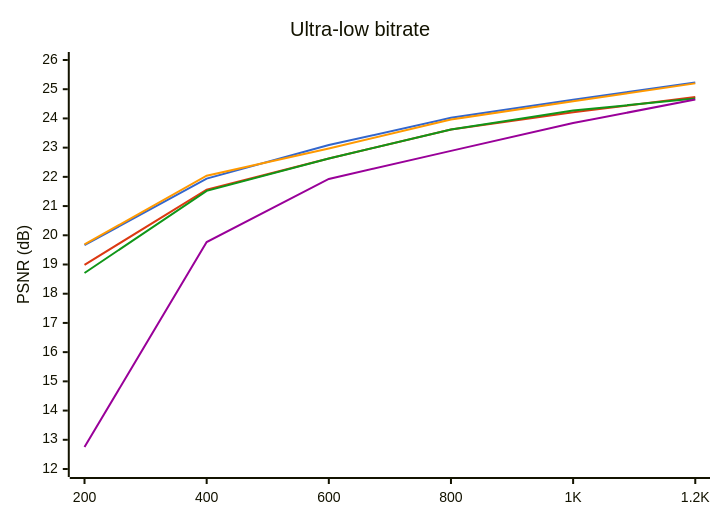
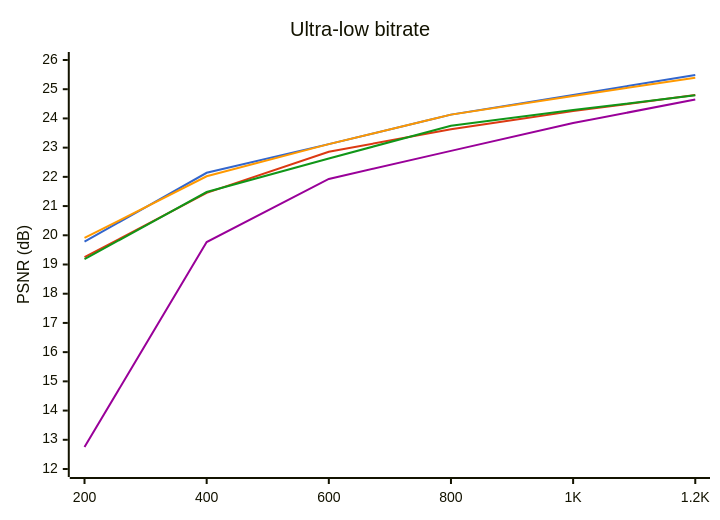
The first of 2 diagrams in results.md (lieff/miniwtpc), drawn with Mermaid before and after one commit. The commit also changed other lines of this file and 35 other files, not shown here.

````diff
--- a/results.md
+++ b/results.md
@@ -12,12 +12,12 @@
 ```mermaid
 %%{init: {"themeVariables": {"xyChart": {"plotColorPalette": "#3366cc, #dc3912, #ff9900, #109618, #990099"}}}}%%
 xychart-beta
     title "Ultra-low bitrate"
     y-axis "PSNR (dB)" 12 --> 26
     x-axis ["200", "400", "600", "800", "1K", "1.2K"]
-    line "WTPC EBC" [19.66, 21.94, 23.09, 24.02, 24.64, 25.23]
-    line "WTPC Huff" [18.99, 21.56, 22.63, 23.62, 24.21, 24.73]
-    line "W420 EBC" [19.69, 22.04, 22.97, 23.96, 24.59, 25.20]
-    line "W420 Huff" [18.71, 21.52, 22.63, 23.62, 24.27, 24.68]
+    line "WTPC EBC" [19.78, 22.14, 23.12, 24.13, 24.80, 25.49]
+    line "WTPC Huff" [19.25, 21.45, 22.86, 23.63, 24.25, 24.80]
+    line "W420 EBC" [19.91, 22.02, 23.12, 24.13, 24.77, 25.39]
+    line "W420 Huff" [19.18, 21.48, 22.63, 23.75, 24.29, 24.79]
     line "JPEG2000" [12.75, 19.77, 21.93, 22.89, 23.84, 24.65]
 ```
````
